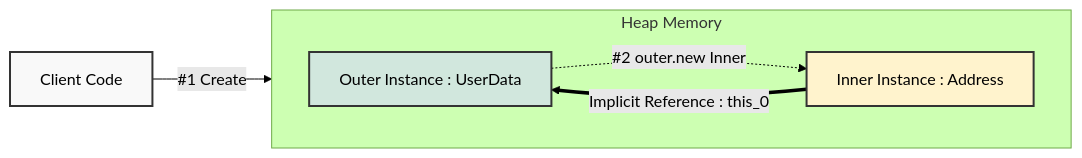
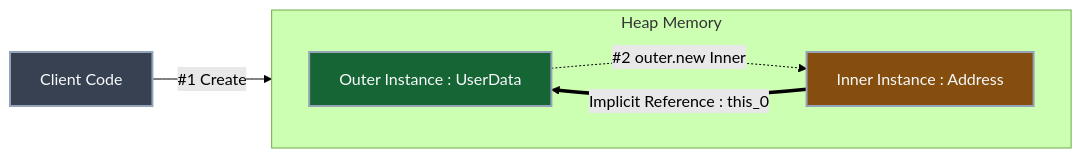
Before and after one commit to Kang-Hyesung/kang-hyesung.github.io: the diagram in _posts/java/10-내부_클래스,익명_객체,패키지/2026-01-27-내부-클래스.md, drawn with Mermaid (forest theme). The commit also changed 74 other files, not shown here.

Commit message:
docs: update post visibility and mermaid colors

````diff
--- a/_posts/java/10-내부_클래스,익명_객체,패키지/2026-01-27-내부-클래스.md
+++ b/_posts/java/10-내부_클래스,익명_객체,패키지/2026-01-27-내부-클래스.md
@@ -18,19 +18,19 @@
 ```mermaid
 flowchart LR
     Client["Client Code"]
 
     subgraph HeapMemory ["Heap Memory"]
         direction LR
         Outer["Outer Instance : UserData"]
         Inner["Inner Instance : Address"]
     end
 
     %% "1. " 형식이 마크다운 리스트로 인식되는 것을 방지하기 위해 "#1" 로 변경
     Client -->|"#1 Create"| Outer
     Outer -.->|"#2 outer.new Inner"| Inner
     Inner ==>|"Implicit Reference : this_0"| Outer
 
-    style Client fill:#f9f9f9,stroke:#333,stroke-width:2px
-    style Outer fill:#d1e7dd,stroke:#333,stroke-width:2px
-    style Inner fill:#fff3cd,stroke:#333,stroke-width:2px
+    style Client fill:#374151,stroke:#94a3b8,stroke-width:2px,color:#f8fafc
+    style Outer fill:#166534,stroke:#94a3b8,stroke-width:2px,color:#f8fafc
+    style Inner fill:#854d0e,stroke:#94a3b8,stroke-width:2px,color:#f8fafc
 ```
````
